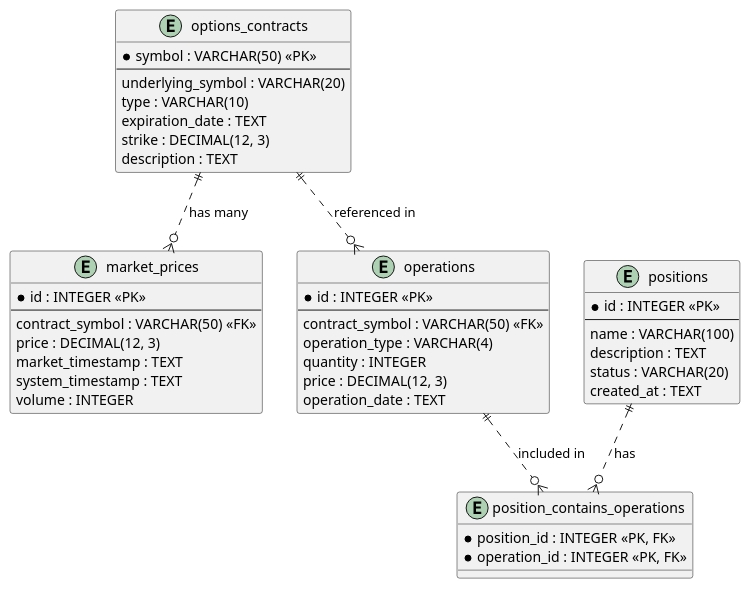
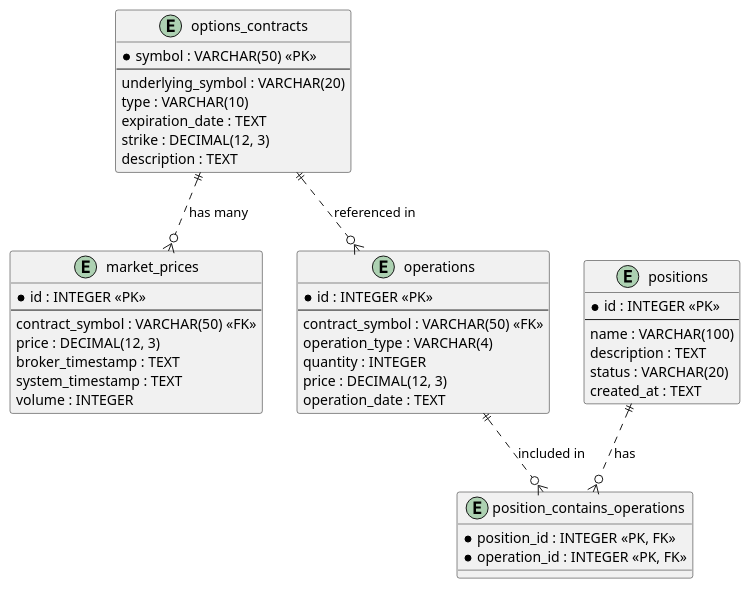
The diagram in Requirements/database_schema.puml (nahuelrabey/operar_marketdata_fetch), drawn with PlantUML before and after one commit. The commit also changed 3 other files, not shown here.

```diff
--- a/Requirements/database_schema.puml
+++ b/Requirements/database_schema.puml
@@ -1,52 +1,52 @@
 @startuml
 
 entity "options_contracts" {
   *symbol : VARCHAR(50) <<PK>>
   --
   underlying_symbol : VARCHAR(20)
   type : VARCHAR(10)
   expiration_date : TEXT
   strike : DECIMAL(12, 3)
   description : TEXT
 }
 
 entity "market_prices" {
   *id : INTEGER <<PK>>
   --
   contract_symbol : VARCHAR(50) <<FK>>
   price : DECIMAL(12, 3)
-  market_timestamp : TEXT
+  broker_timestamp : TEXT
   system_timestamp : TEXT
   volume : INTEGER
 }
 
 entity "positions" {
   *id : INTEGER <<PK>>
   --
   name : VARCHAR(100)
   description : TEXT
   status : VARCHAR(20)
   created_at : TEXT
 }
 
 entity "operations" {
   *id : INTEGER <<PK>>
   --
   contract_symbol : VARCHAR(50) <<FK>>
   operation_type : VARCHAR(4)
   quantity : INTEGER
   price : DECIMAL(12, 3)
   operation_date : TEXT
 }
 
 entity "position_contains_operations" {
   *position_id : INTEGER <<PK, FK>>
   *operation_id : INTEGER <<PK, FK>>
 }
 
 options_contracts ||..o{ market_prices : "has many"
 options_contracts ||..o{ operations : "referenced in"
 positions ||..o{ position_contains_operations : "has"
 operations ||..o{ position_contains_operations : "included in"
 
 @enduml
```
